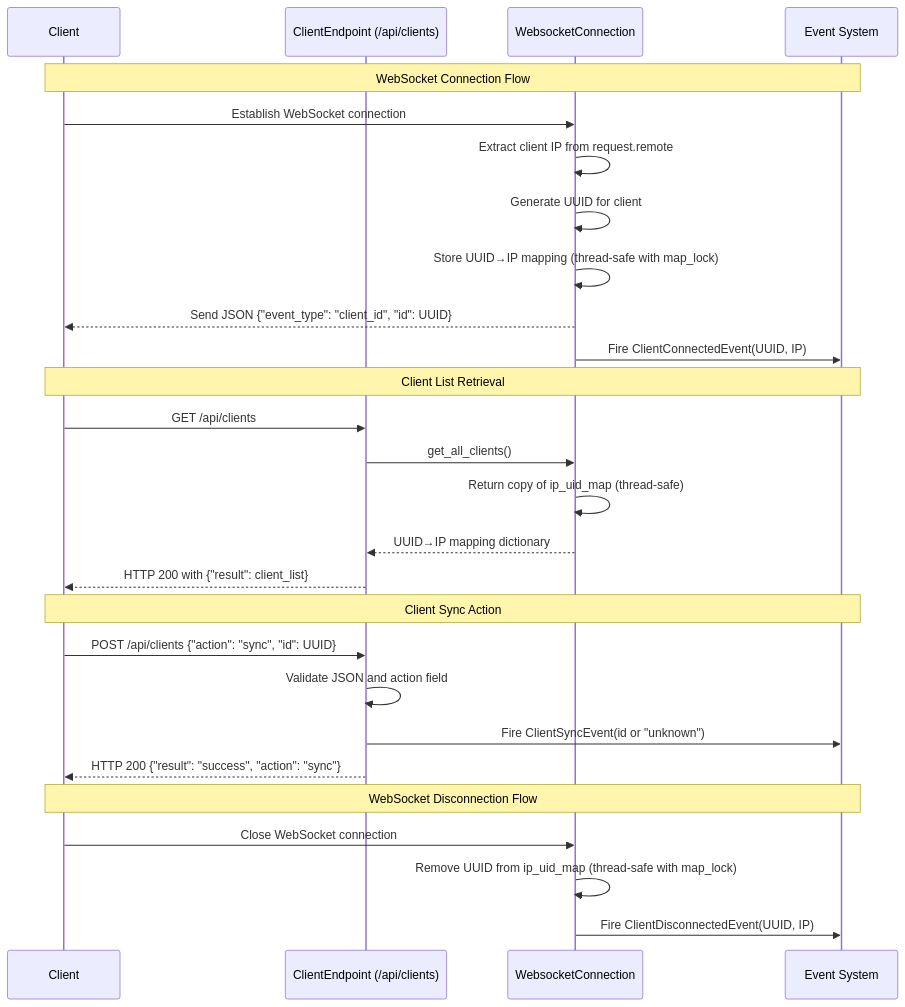
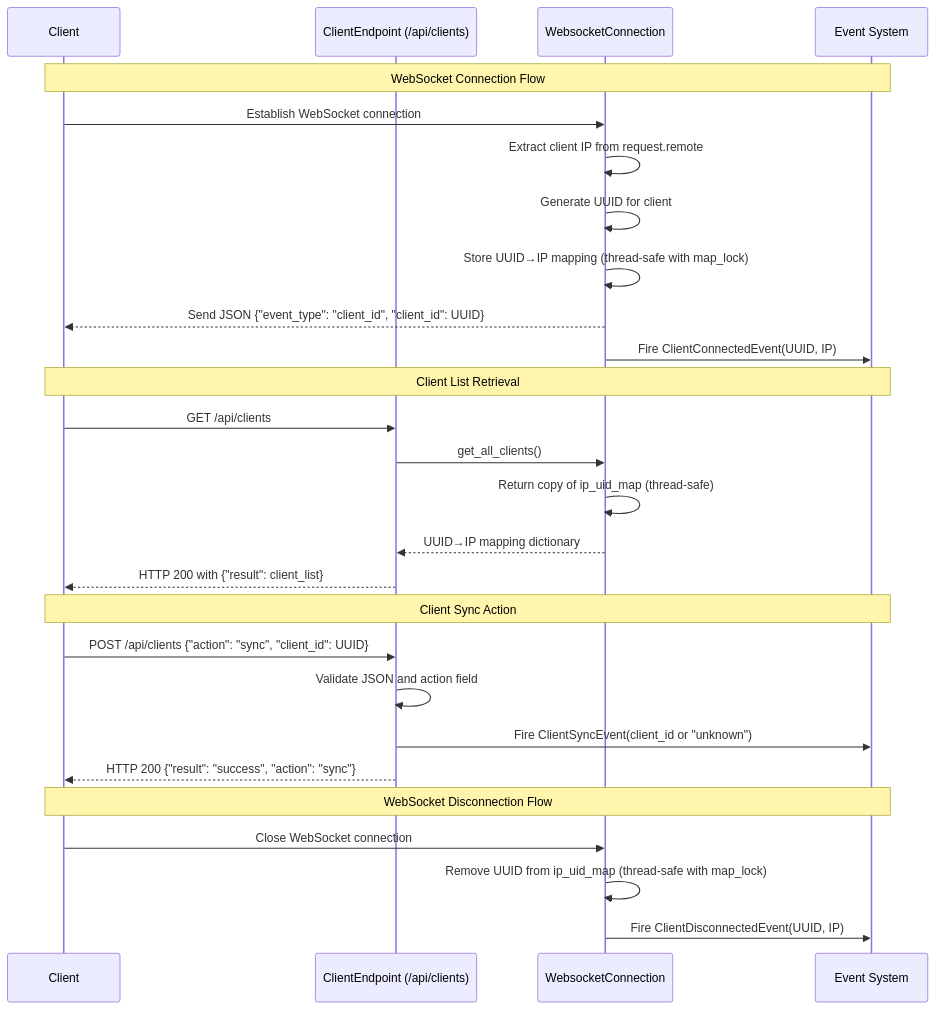
One commit to LedFx/LedFx changed the diagram in docs/api.md. Above: the diagram before and after it, drawn with Mermaid. The commit also changed other lines of this file and 2 other files, not shown here.

Commit message:
move to client_id and client_ip

````diff
--- a/docs/api.md
+++ b/docs/api.md
@@ -1352,33 +1352,33 @@
 ```{mermaid}
   sequenceDiagram
       participant Client
       participant ClientEndpoint as ClientEndpoint (/api/clients)
       participant WebSocketMgr as WebsocketConnection
       participant EventSystem as Event System
 
       Note over Client,EventSystem: WebSocket Connection Flow
       Client->>WebSocketMgr: Establish WebSocket connection
       WebSocketMgr->>WebSocketMgr: Extract client IP from request.remote
       WebSocketMgr->>WebSocketMgr: Generate UUID for client
       WebSocketMgr->>WebSocketMgr: Store UUID→IP mapping (thread-safe with map_lock)
-      WebSocketMgr-->>Client: Send JSON {"event_type": "client_id", "id": UUID}
+      WebSocketMgr-->>Client: Send JSON {"event_type": "client_id", "client_id": UUID}
       WebSocketMgr->>EventSystem: Fire ClientConnectedEvent(UUID, IP)
 
       Note over Client,EventSystem: Client List Retrieval
       Client->>ClientEndpoint: GET /api/clients
       ClientEndpoint->>WebSocketMgr: get_all_clients()
       WebSocketMgr->>WebSocketMgr: Return copy of ip_uid_map (thread-safe)
       WebSocketMgr-->>ClientEndpoint: UUID→IP mapping dictionary
       ClientEndpoint-->>Client: HTTP 200 with {"result": client_list}
 
       Note over Client,EventSystem: Client Sync Action
-      Client->>ClientEndpoint: POST /api/clients {"action": "sync", "id": UUID}
+      Client->>ClientEndpoint: POST /api/clients {"action": "sync", "client_id": UUID}
       ClientEndpoint->>ClientEndpoint: Validate JSON and action field
-      ClientEndpoint->>EventSystem: Fire ClientSyncEvent(id or "unknown")
+      ClientEndpoint->>EventSystem: Fire ClientSyncEvent(client_id or "unknown")
       ClientEndpoint-->>Client: HTTP 200 {"result": "success", "action": "sync"}
 
       Note over Client,EventSystem: WebSocket Disconnection Flow
       Client->>WebSocketMgr: Close WebSocket connection
       WebSocketMgr->>WebSocketMgr: Remove UUID from ip_uid_map (thread-safe with map_lock)
       WebSocketMgr->>EventSystem: Fire ClientDisconnectedEvent(UUID, IP)
 ```
````
